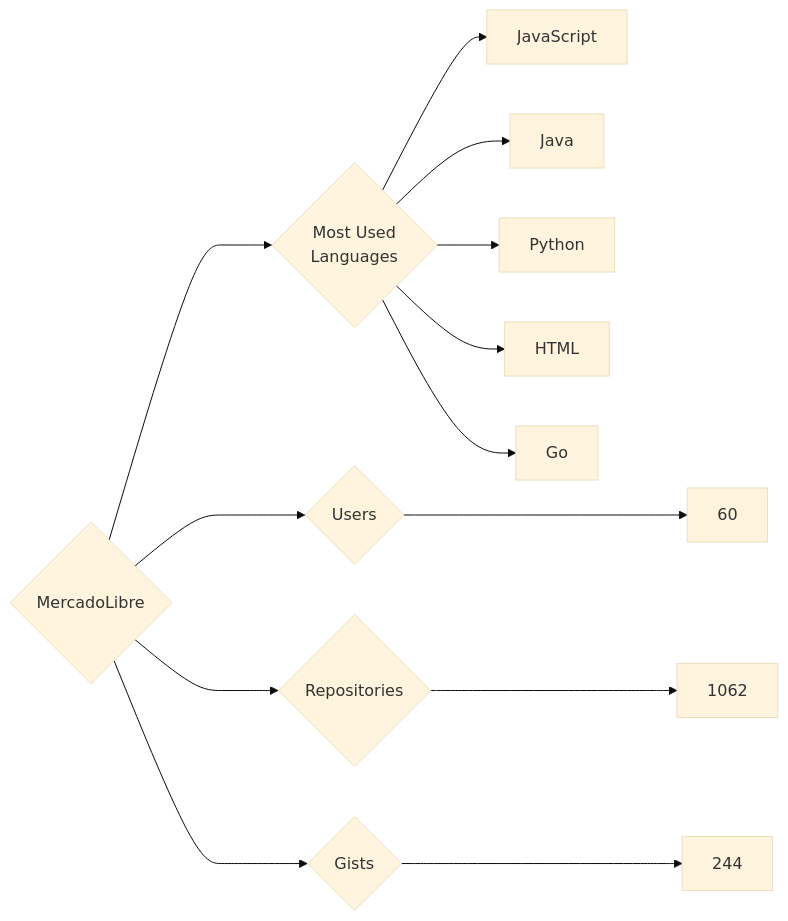
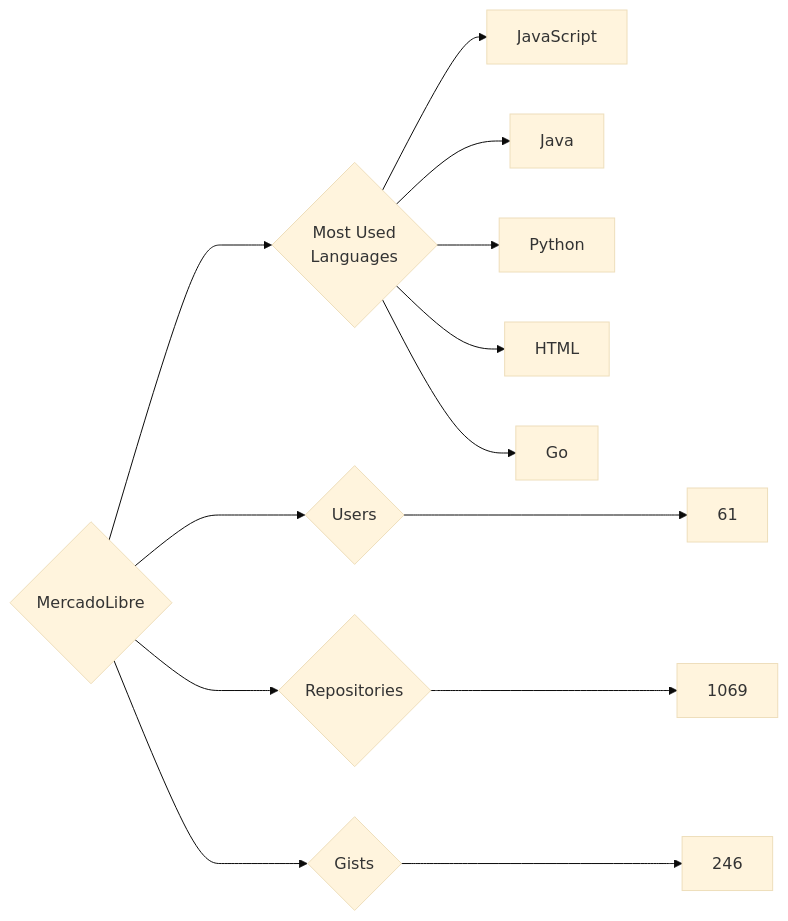
One commit to trickest/insiders changed the diagram in targets/MercadoLibre/README.md. Above: the diagram before and after it, drawn with Mermaid (base theme). The commit also changed 851 other files, not shown here.

````diff
--- a/targets/MercadoLibre/README.md
+++ b/targets/MercadoLibre/README.md
@@ -3,13 +3,13 @@
 ```mermaid
 graph LR
 COMPANY_NAME{MercadoLibre}
-COMPANY_NAME ---> U{Users} ---> UN[60]
-COMPANY_NAME ---> R{Repositories} ---> RN[1062]
-COMPANY_NAME ---> G{Gists} ---> GN[244]
+COMPANY_NAME ---> U{Users} ---> UN[61]
+COMPANY_NAME ---> R{Repositories} ---> RN[1069]
+COMPANY_NAME ---> G{Gists} ---> GN[246]
 COMPANY_NAME ---> ML{Most Used<br>Languages}
 ML --> JavaScript[JavaScript]
 ML --> Java[Java]
 ML --> Python[Python]
 ML --> HTML[HTML]
 ML --> Go[Go]
 ```
````
